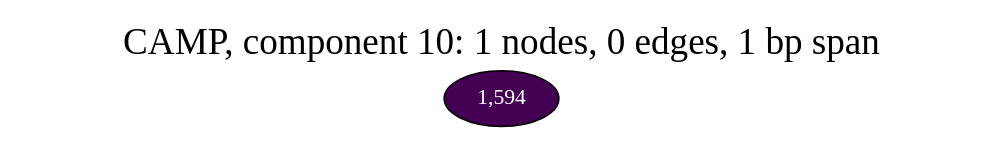
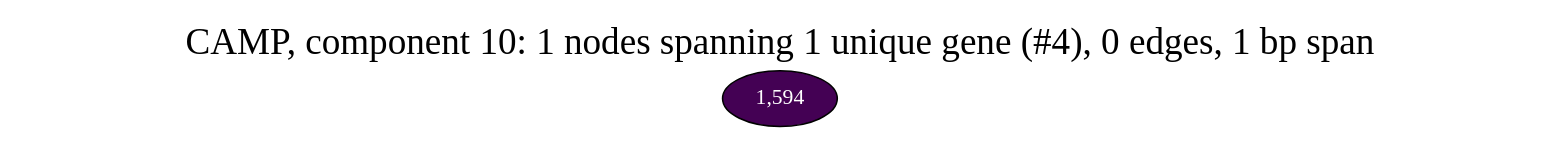
The diagram in notebooks/graphs/CAMP_cc10.gv (fedarko/sheepgut), drawn with Graphviz before and after one commit. The commit also changed 63 other files, not shown here.

Commit message:
gene info in graph labels!

```diff
--- a/notebooks/graphs/CAMP_cc10.gv
+++ b/notebooks/graphs/CAMP_cc10.gv
@@ -1,9 +1,9 @@
 graph CAMP_cc10 {
 	overlap="prism50";
 	outputorder="edgesfirst";
 	node [style="filled"];
-	label="CAMP, component 10: 1 nodes, 0 edges, 1 bp span";
+	label="CAMP, component 10: 1 nodes spanning 1 unique gene (#4), 0 edges, 1 bp span";
 	labelloc="t";
 	fontsize=24;
 	"1,594" [fillcolor="#440154", fontcolor="#ffffff"];
 }
```
